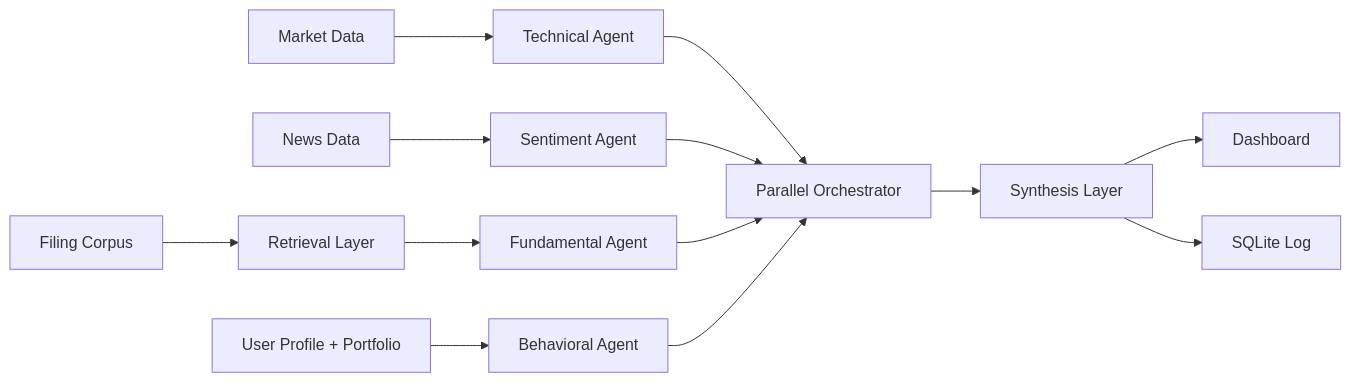
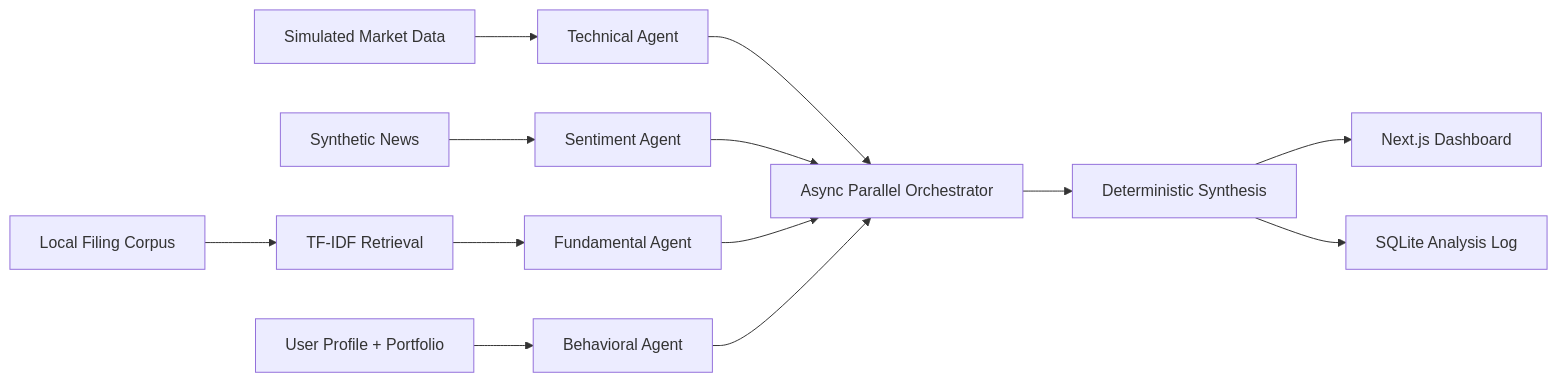
One commit to hareshkumar6808/sprint1 changed the diagram in README.md. Above: the diagram before and after it, drawn with Mermaid. The commit also changed other lines of this file and 10 other files, not shown here.

````diff
--- a/README.md
+++ b/README.md
@@ -7,14 +11,14 @@
 ```mermaid
 flowchart LR
-  M[Market Data] --> T[Technical Agent]
-  N[News Data] --> S[Sentiment Agent]
-  F[Filing Corpus] --> R[Retrieval Layer] --> U[Fundamental Agent]
+  M[Simulated Market Data] --> T[Technical Agent]
+  N[Synthetic News] --> S[Sentiment Agent]
+  F[Local Filing Corpus] --> R[TF-IDF Retrieval] --> U[Fundamental Agent]
   P[User Profile + Portfolio] --> B[Behavioral Agent]
-  T --> O[Parallel Orchestrator]
+  T --> O[Async Parallel Orchestrator]
   S --> O
   U --> O
   B --> O
-  O --> Y[Synthesis Layer]
-  Y --> D[Dashboard]
-  Y --> L[SQLite Log]
+  O --> Y[Deterministic Synthesis]
+  Y --> D[Next.js Dashboard]
+  Y --> L[SQLite Analysis Log]
 ```
````
